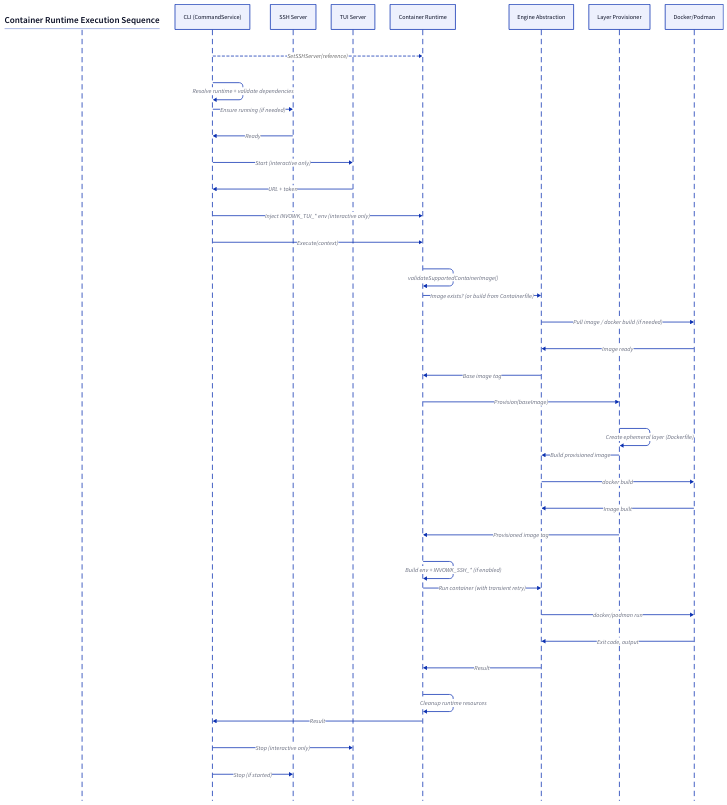
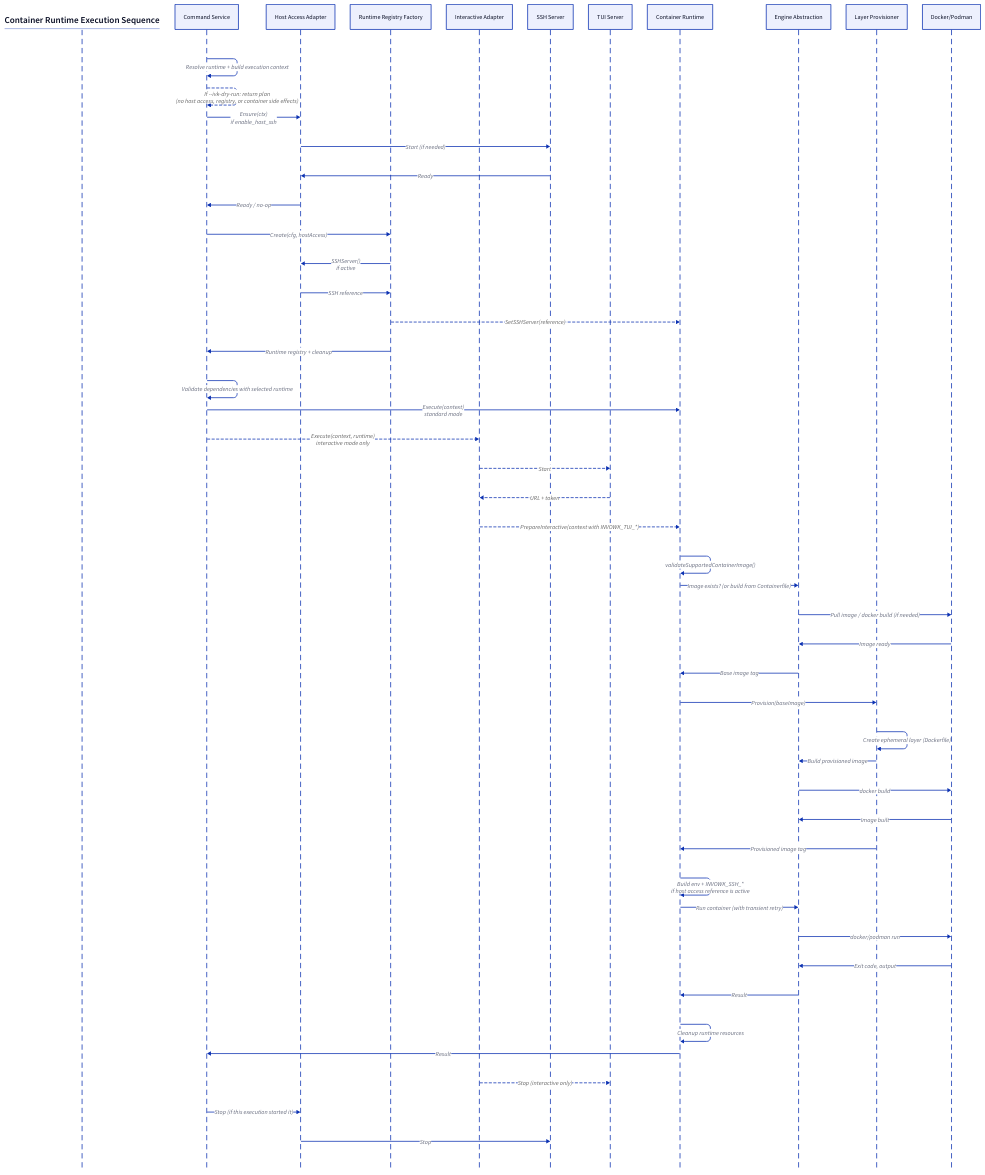
Before and after one commit to invowk/invowk: the diagram in docs/diagrams/sequences/execution-container.d2, drawn with D2. The commit also changed 31 other files, not shown here. The source asks for the TALA layout; these drawings use dagre instead.

First line of the commit message:
refactor(commandsvc): isolate execution adapters

```diff
--- a/docs/diagrams/sequences/execution-container.d2
+++ b/docs/diagrams/sequences/execution-container.d2
@@ -1,89 +1,122 @@
 # Container Runtime Execution Sequence Diagram
 #
 # Detailed flow for container runtime execution including:
-# - CommandService orchestration (SSH/TUI lifecycle)
+# - CommandService orchestration through host access, registry, and interactive ports
 # - Image validation and base image resolution
 # - Ephemeral layer provisioning (separate from base image)
 # - Execution with retry
 # - Cleanup
 #
-# Source: internal/runtime/container_exec.go, container_provision.go
+# Source: internal/app/commandsvc, internal/app/commandadapters,
+# internal/runtime/container_exec.go, container_provision.go
 
 vars: {
   d2-config: {
     layout-engine: tala
   }
 }
 
 title: |md
   ## Container Runtime Execution Sequence
 |
 
 shape: sequence_diagram
 
 # Participants
-CLI: CLI (CommandService)
+SVC: Command Service
+HostAccess: Host Access Adapter
+RegistryFactory: Runtime Registry Factory
+Interactive: Interactive Adapter
 SSH: SSH Server
 TUI: TUI Server
 ContainerRT: Container Runtime
 Engine: Engine Abstraction
 Provision: Layer Provisioner
 Container: Docker/Podman
 
-# 0a. One-time init during registry creation
-CLI -> ContainerRT: SetSSHServer(reference) {
+# 0. Commandsvc reaches this point only after runtime resolution, context build,
+# and the dry-run gate. Dry-run returns before host access, registry setup, or containers.
+SVC -> SVC: "Resolve runtime + build execution context"
+SVC -> SVC: "If --ivk-dry-run: return plan\n(no host access, registry, or container side effects)" {
   style.stroke-dash: 3
   style.font-color: "#666666"
 }
 
-# 0b. Per-execution orchestration
-CLI -> CLI: Resolve runtime + validate dependencies
+# 0a. Host access is a port. The default adapter owns the SSH server lifecycle.
+SVC -> HostAccess: "Ensure(ctx)\nif enable_host_ssh"
+HostAccess -> SSH: Start (if needed)
+SSH -> HostAccess: Ready
+HostAccess -> SVC: Ready / no-op
 
-# SSH lifecycle is owned by CommandService (only if enable_host_ssh is true)
-CLI -> SSH: Ensure running (if needed)
-SSH -> CLI: Ready
-
-# TUI lifecycle is owned by interactive orchestration (optional)
-CLI -> TUI: Start (interactive only)
-TUI -> CLI: URL + token
-CLI -> ContainerRT: Inject INVOWK_TUI_* env (interactive only)
+# 0b. Registry construction is a port. The adapter forwards the active SSH reference.
+SVC -> RegistryFactory: "Create(cfg, hostAccess)"
+RegistryFactory -> HostAccess: "SSHServer()\nif active"
+HostAccess -> RegistryFactory: SSH reference
+RegistryFactory -> ContainerRT: SetSSHServer(reference) {
+  style.stroke-dash: 3
+  style.font-color: "#666666"
+}
+RegistryFactory -> SVC: Runtime registry + cleanup
+SVC -> SVC: Validate dependencies with selected runtime
 
 # 1. Preparation Phase
-CLI -> ContainerRT: Execute(context)
+SVC -> ContainerRT: "Execute(context)\nstandard mode"
+
+# Interactive orchestration is a separate port and injects TUI env only for attached runs.
+SVC -> Interactive: "Execute(context, runtime)\ninteractive mode only" {
+  style.stroke-dash: 3
+  style.font-color: "#666666"
+}
+Interactive -> TUI: Start {
+  style.stroke-dash: 3
+  style.font-color: "#666666"
+}
+TUI -> Interactive: URL + token {
+  style.stroke-dash: 3
+  style.font-color: "#666666"
+}
+Interactive -> ContainerRT: "PrepareInteractive(context with INVOWK_TUI_*)" {
+  style.stroke-dash: 3
+  style.font-color: "#666666"
+}
 
 # 1a. Image validation (rejects Alpine/Windows before any work)
 ContainerRT -> ContainerRT: validateSupportedContainerImage()
 
 # 1b. Base image resolution (ContainerRT owns this, NOT Provisioner)
 ContainerRT -> Engine: Image exists? (or build from Containerfile)
 
 # Pull/build if missing (conditional)
 Engine -> Container: Pull image / docker build (if needed)
 Container -> Engine: Image ready
 Engine -> ContainerRT: Base image tag
 
 # 1c. Ephemeral layer provisioning (adds invowk binary + modules)
 ContainerRT -> Provision: Provision(baseImage)
 Provision -> Provision: Create ephemeral layer (Dockerfile)
 Provision -> Engine: Build provisioned image
 Engine -> Container: docker build
 Container -> Engine: Image built
 Provision -> ContainerRT: Provisioned image tag
 
 # 2. Runtime setup
-ContainerRT -> ContainerRT: Build env + INVOWK_SSH_* (if enabled)
+ContainerRT -> ContainerRT: "Build env + INVOWK_SSH_*\nif host access reference is active"
 
 # 3. Execution Phase
 ContainerRT -> Engine: Run container (with transient retry)
 Engine -> Container: docker/podman run
 Container -> Engine: Exit code, output
 Engine -> ContainerRT: Result
 
 # 4. Cleanup Phase
 # Runtime cleanup (tokens/temp files/provision resources)
 ContainerRT -> ContainerRT: Cleanup runtime resources
 
 # Return
-ContainerRT -> CLI: Result
-CLI -> TUI: Stop (interactive only)
-CLI -> SSH: Stop (if started)
+ContainerRT -> SVC: Result
+Interactive -> TUI: Stop (interactive only) {
+  style.stroke-dash: 3
+  style.font-color: "#666666"
+}
+SVC -> HostAccess: Stop (if this execution started it)
+HostAccess -> SSH: Stop
```
